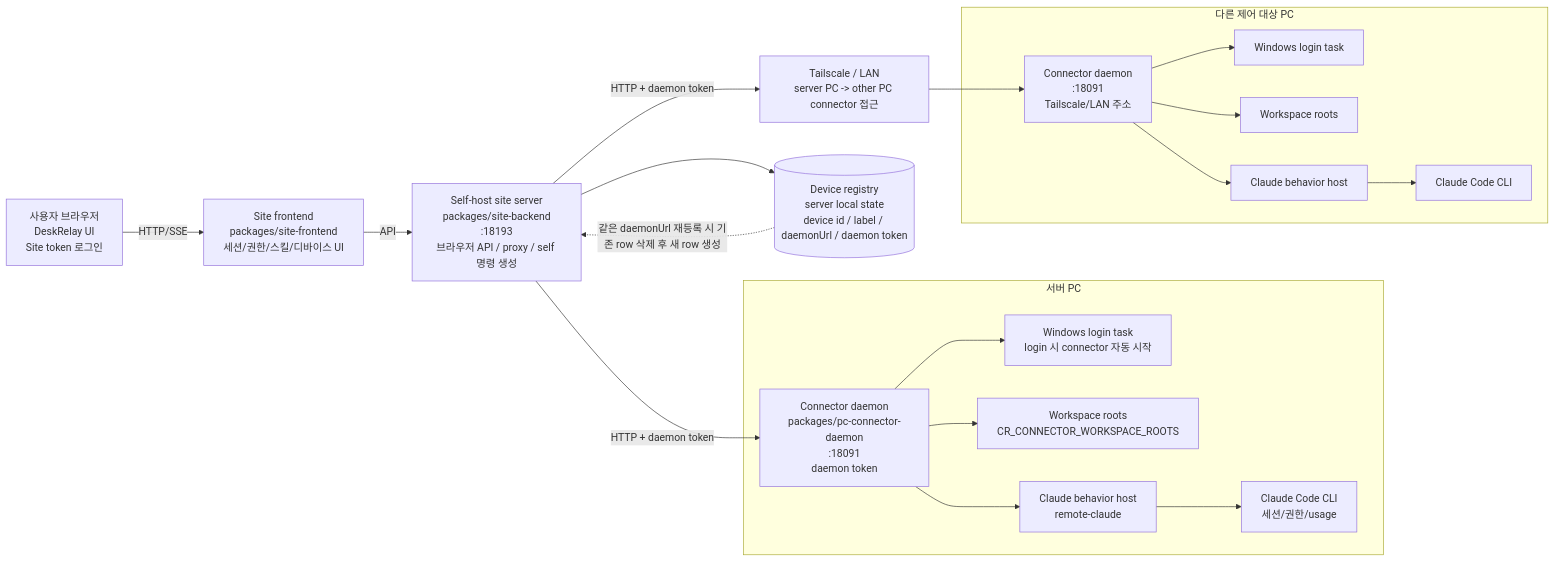
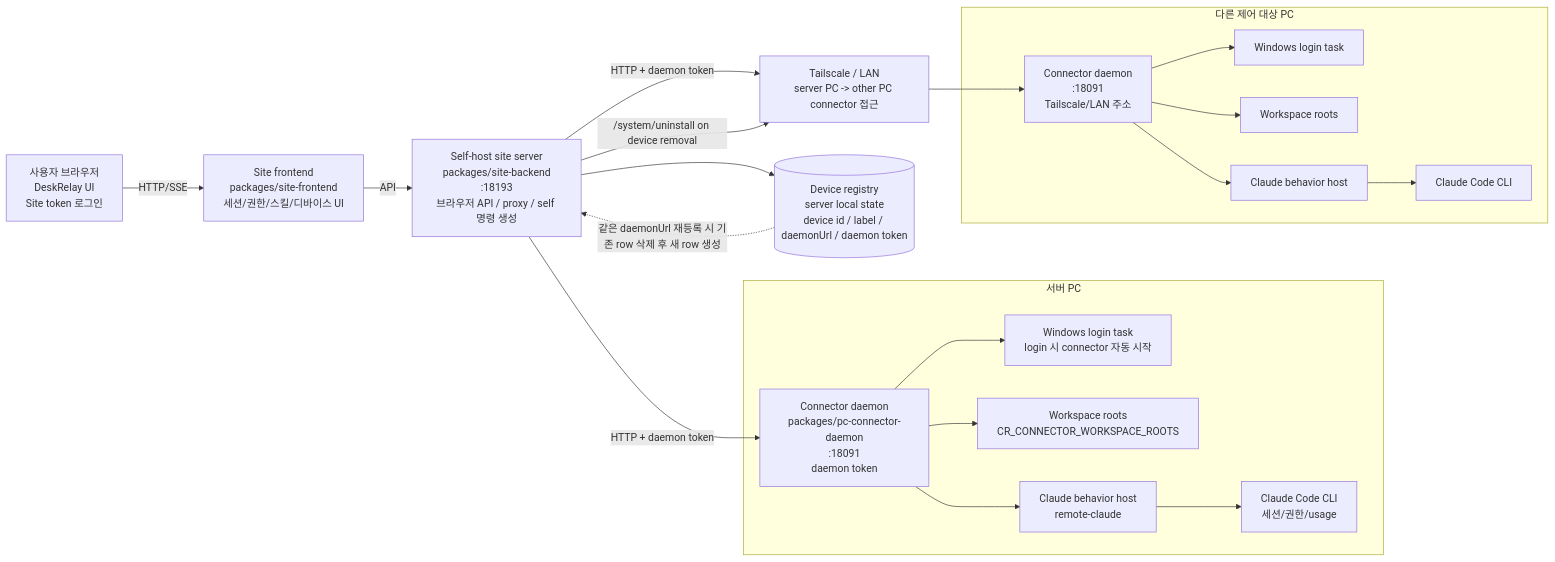
One commit to darkhtk/deskrelay changed the first of 4 diagrams in README.md. Above: the diagram before and after it, drawn with Mermaid. The commit also changed other lines of this file, not shown here.

Commit message:
Update README for device setup cleanup

````diff
--- a/README.md
+++ b/README.md
@@ -60,44 +64,45 @@
 ```mermaid
 flowchart LR
   Browser["사용자 브라우저<br/>DeskRelay UI<br/>Site token 로그인"]
   Frontend["Site frontend<br/>packages/site-frontend<br/>세션/권한/스킬/디바이스 UI"]
   Server["Self-host site server<br/>packages/site-backend<br/>:18193<br/>브라우저 API / proxy / self 명령 생성"]
   Registry[("Device registry<br/>server local state<br/>device id / label / daemonUrl / daemon token")]
 
   subgraph ServerPC["서버 PC"]
     ServerConnector["Connector daemon<br/>packages/pc-connector-daemon<br/>:18091<br/>daemon token"]
     ServerTask["Windows login task<br/>login 시 connector 자동 시작"]
     ServerWorkspace["Workspace roots<br/>CR_CONNECTOR_WORKSPACE_ROOTS"]
     ServerBehavior["Claude behavior host<br/>remote-claude"]
     ServerClaude["Claude Code CLI<br/>세션/권한/usage"]
   end
 
   subgraph OtherPC["다른 제어 대상 PC"]
     OtherConnector["Connector daemon<br/>:18091<br/>Tailscale/LAN 주소"]
     OtherTask["Windows login task"]
     OtherWorkspace["Workspace roots"]
     OtherBehavior["Claude behavior host"]
     OtherClaude["Claude Code CLI"]
   end
 
   Network["Tailscale / LAN<br/>server PC -> other PC connector 접근"]
 
   Browser -->|"HTTP/SSE"| Frontend
   Frontend -->|"API"| Server
   Server --> Registry
   Server -->|"HTTP + daemon token"| ServerConnector
   Server -->|"HTTP + daemon token"| Network
+  Server -->|"/system/uninstall on device removal"| Network
   Network --> OtherConnector
 
   ServerConnector --> ServerTask
   ServerConnector --> ServerWorkspace
   ServerConnector --> ServerBehavior
   ServerBehavior --> ServerClaude
 
   OtherConnector --> OtherTask
   OtherConnector --> OtherWorkspace
   OtherConnector --> OtherBehavior
   OtherBehavior --> OtherClaude
 
   Registry -. "같은 daemonUrl 재등록 시 기존 row 삭제 후 새 row 생성" .-> Server
 ```
````
